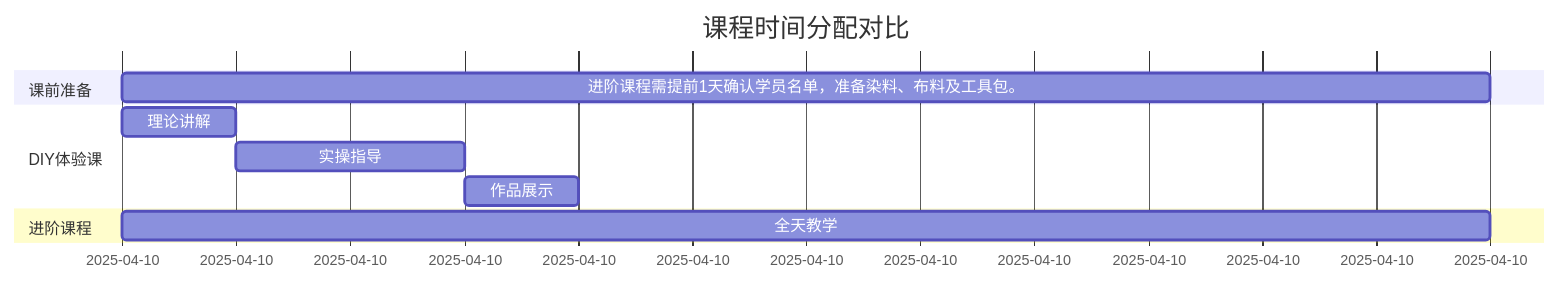
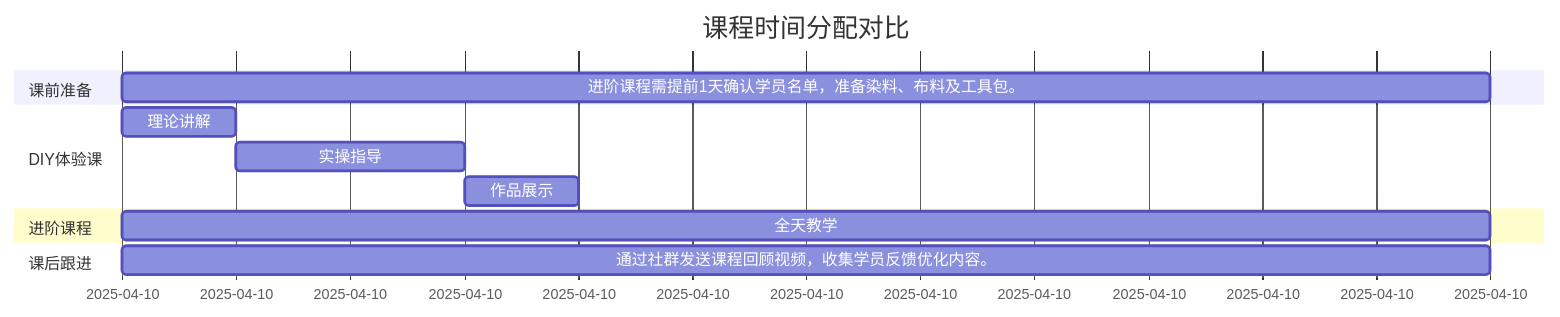
The second of 8 diagrams in README.md (NaturalRice/git-demo), drawn with Mermaid before and after one commit.

````diff
--- a/README.md
+++ b/README.md
@@ -12,13 +12,15 @@
 ```mermaid
 gantt
     title 课程时间分配对比
     dateFormat  HH:mm
     section 课前准备
     进阶课程需提前1天确认学员名单，准备染料、布料及工具包。:b1, 00:00, 360m
     section DIY体验课
     理论讲解       :a1, 00:00, 30m
     实操指导       :a2, after a1, 60m
     作品展示       :a3, after a2, 30m
     section 进阶课程
     全天教学       :b1, 00:00, 360m
+    section 课后跟进
+    通过社群发送课程回顾视频，收集学员反馈优化内容。 :b1, 00:00, 360m
 ```
````
